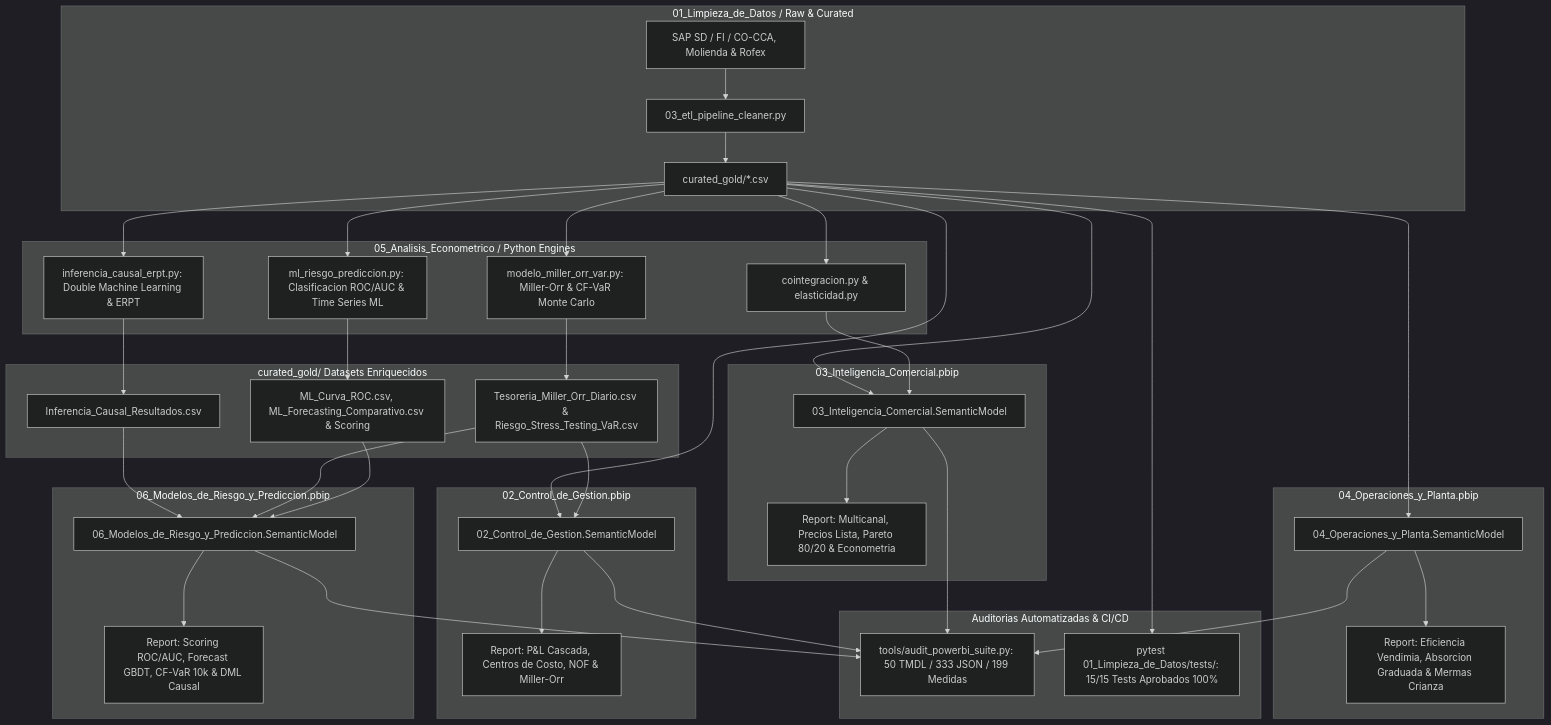
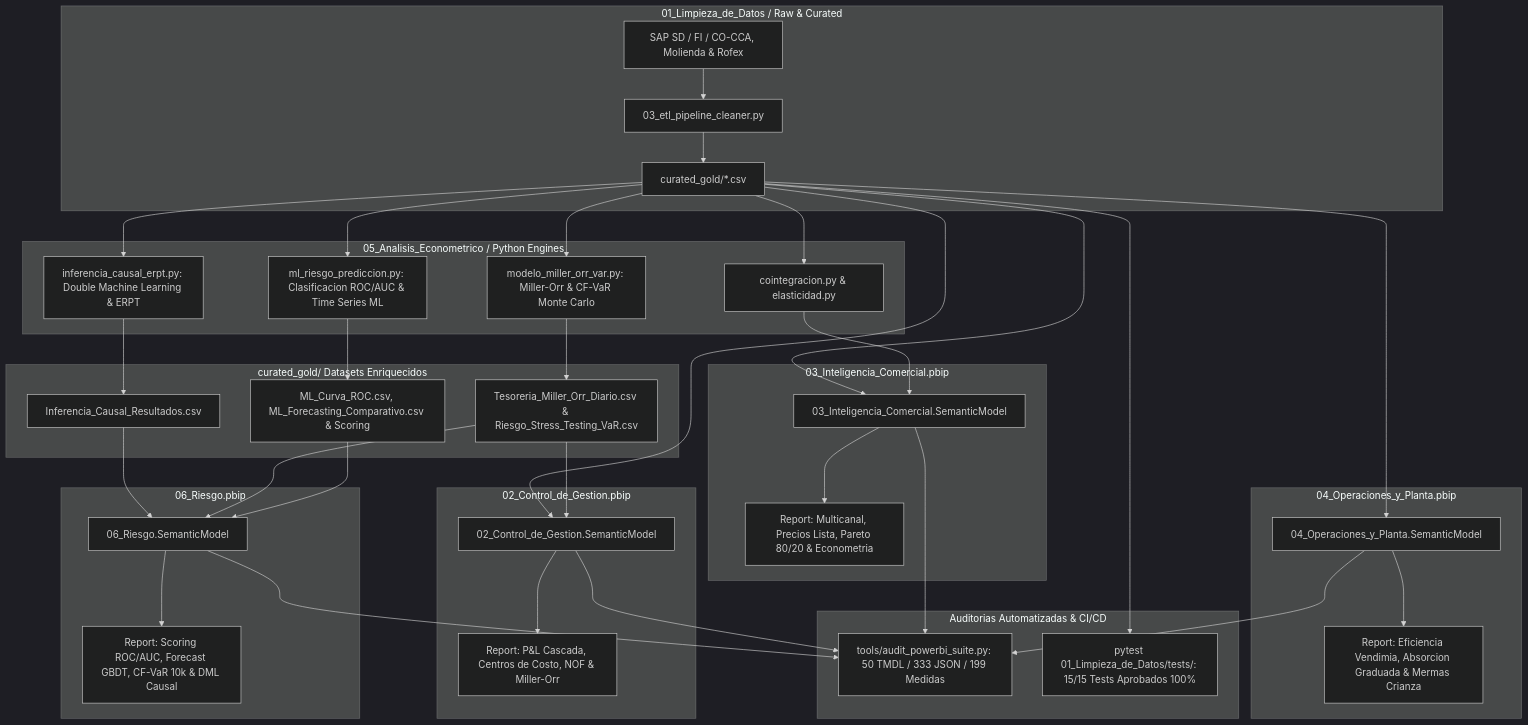
Before and after one commit to federicoagustinchillon-creador/bodega-andina-analytics-suite: the diagram in README.md, drawn with Mermaid (dark theme). The commit also changed other lines of this file and 6 other files, not shown here.

````diff
--- a/README.md
+++ b/README.md
@@ -32,45 +32,45 @@
 ```mermaid
 graph TD
     subgraph Data_Layer [01_Limpieza_de_Datos / Raw & Curated]
         RAW[SAP SD / FI / CO-CCA, Molienda & Rofex] --> ETL[03_etl_pipeline_cleaner.py]
         ETL --> GOLD[curated_gold/*.csv]
     end
 
     subgraph Quantitative_Engines [05_Analisis_Econometrico / Python Engines]
         GOLD --> ECO[cointegracion.py & elasticidad.py]
         GOLD --> MO_VAR[modelo_miller_orr_var.py: Miller-Orr & CF-VaR Monte Carlo]
         GOLD --> ML_ENG[ml_riesgo_prediccion.py: Clasificacion ROC/AUC & Time Series ML]
         GOLD --> CAUSAL[inferencia_causal_erpt.py: Double Machine Learning & ERPT]
     end
 
     subgraph Gold_Exports [curated_gold/ Datasets Enriquecidos]
         MO_VAR --> D_MO[Tesoreria_Miller_Orr_Diario.csv & Riesgo_Stress_Testing_VaR.csv]
         ML_ENG --> D_ML[ML_Curva_ROC.csv, ML_Forecasting_Comparativo.csv & Scoring]
         CAUSAL --> D_CAU[Inferencia_Causal_Resultados.csv]
     end
 
     subgraph Suite_02 [02_Control_de_Gestion.pbip]
         D_MO & GOLD --> S2_SEM[02_Control_de_Gestion.SemanticModel]
         S2_SEM --> S2_REP[Report: P&L Cascada, Centros de Costo, NOF & Miller-Orr]
     end
 
     subgraph Suite_03 [03_Inteligencia_Comercial.pbip]
         ECO & GOLD --> S3_SEM[03_Inteligencia_Comercial.SemanticModel]
         S3_SEM --> S3_REP[Report: Multicanal, Precios Lista, Pareto 80/20 & Econometria]
     end
 
     subgraph Suite_04 [04_Operaciones_y_Planta.pbip]
         GOLD --> S4_SEM[04_Operaciones_y_Planta.SemanticModel]
         S4_SEM --> S4_REP[Report: Eficiencia Vendimia, Absorcion Graduada & Mermas Crianza]
     end
 
-    subgraph Suite_06 [06_Modelos_de_Riesgo_y_Prediccion.pbip]
-        D_ML & D_MO & D_CAU --> S6_SEM[06_Modelos_de_Riesgo_y_Prediccion.SemanticModel]
+    subgraph Suite_06 [06_Riesgo.pbip]
+        D_ML & D_MO & D_CAU --> S6_SEM[06_Riesgo.SemanticModel]
         S6_SEM --> S6_REP[Report: Scoring ROC/AUC, Forecast GBDT, CF-VaR 10k & DML Causal]
     end
 
     subgraph Quality_Audit [Auditorias Automatizadas & CI/CD]
         S2_SEM & S3_SEM & S4_SEM & S6_SEM --> AUDIT[tools/audit_powerbi_suite.py: 50 TMDL / 333 JSON / 199 Medidas]
         GOLD --> PYTEST[pytest 01_Limpieza_de_Datos/tests/: 15/15 Tests Aprobados 100%]
     end
 ```
````
